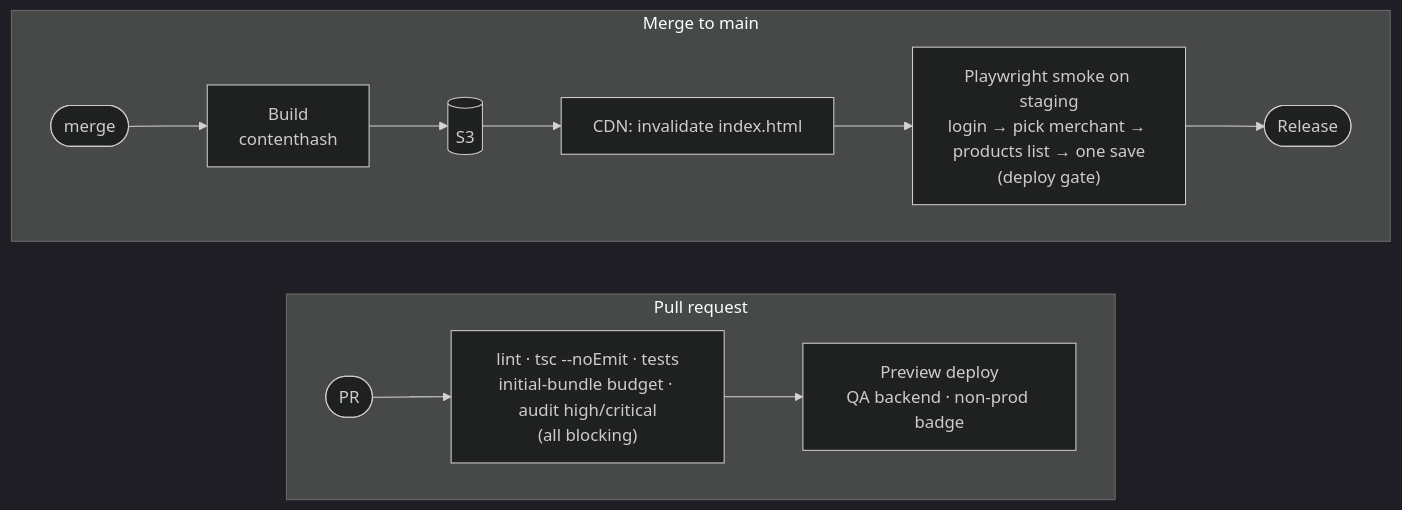
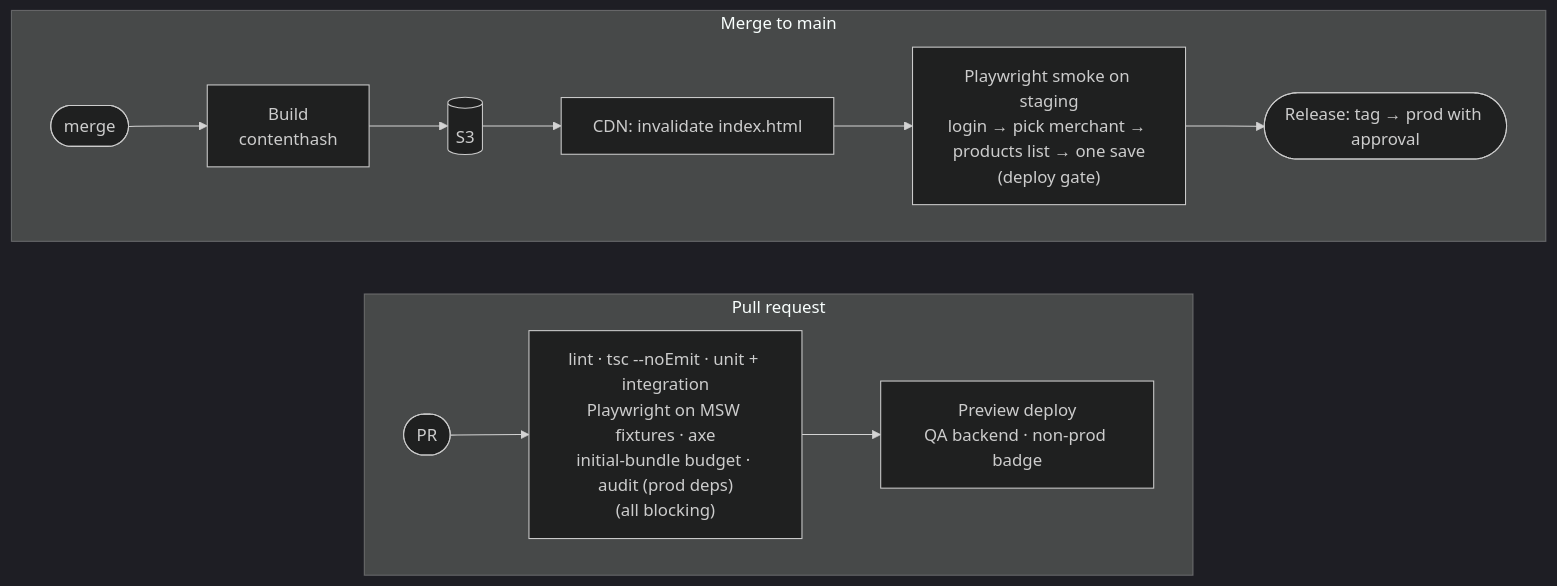
Before and after one commit to ashishkumar1-fe/new-gk-pages: the diagram in docs/architecture/operations/delivery.md, drawn with Mermaid (dark theme). The commit also changed other lines of this file and 45 other files, not shown here.

````diff
--- a/docs/architecture/operations/delivery.md
+++ b/docs/architecture/operations/delivery.md
@@ -15,13 +15,13 @@
 ```mermaid
 flowchart LR
   subgraph pr["Pull request"]
     direction LR
-    PR([PR]) --> Gates["lint · tsc --noEmit · tests<br/>initial-bundle budget · audit high/critical<br/>(all blocking)"]
+    PR([PR]) --> Gates["lint · tsc --noEmit · unit + integration<br/>Playwright on MSW fixtures · axe<br/>initial-bundle budget · audit (prod deps)<br/>(all blocking)"]
     Gates --> Prev["Preview deploy<br/>QA backend · non-prod badge"]
   end
   subgraph rel["Merge to main"]
     direction LR
     MG([merge]) --> Build["Build<br/>contenthash"] --> S3[(S3)] --> CDN["CDN: invalidate index.html"]
-    CDN --> Smoke["Playwright smoke on staging<br/>login → pick merchant → products list → one save<br/>(deploy gate)"] --> Rel([Release])
+    CDN --> Smoke["Playwright smoke on staging<br/>login → pick merchant → products list → one save<br/>(deploy gate)"] --> Rel(["Release: tag → prod with approval"])
   end
 ```
````
